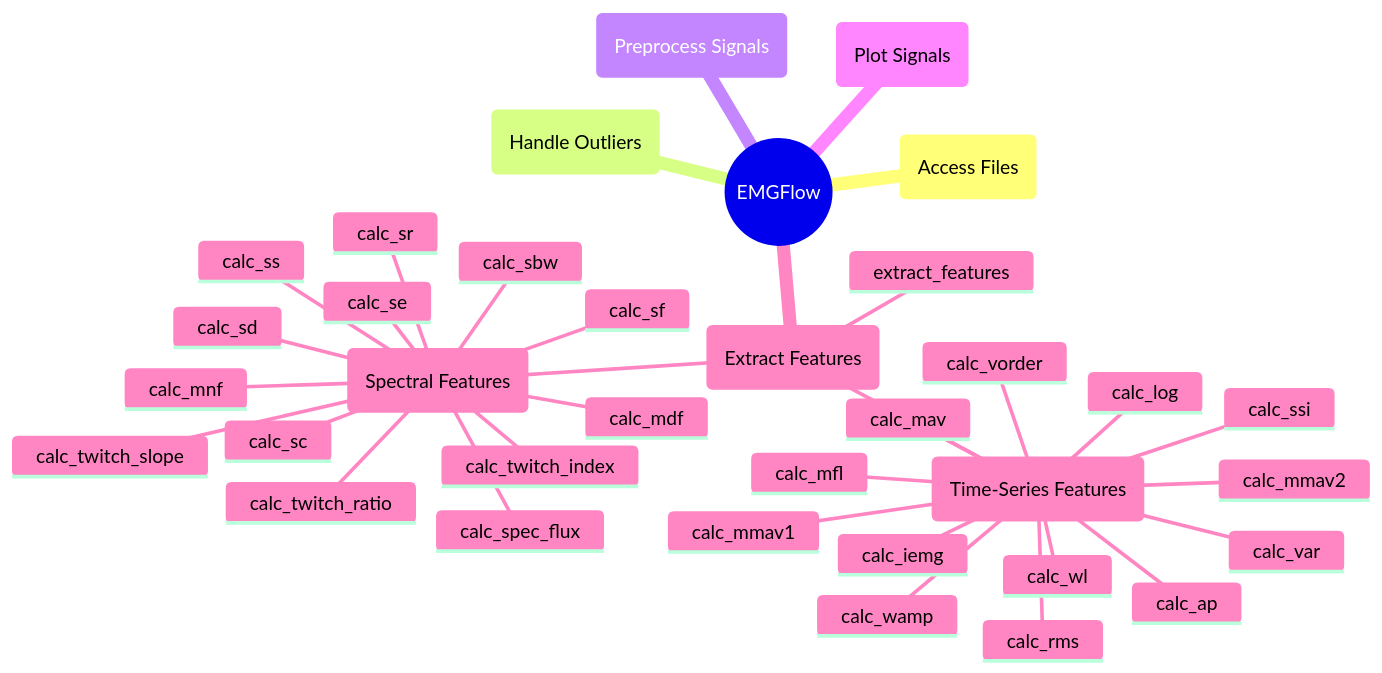
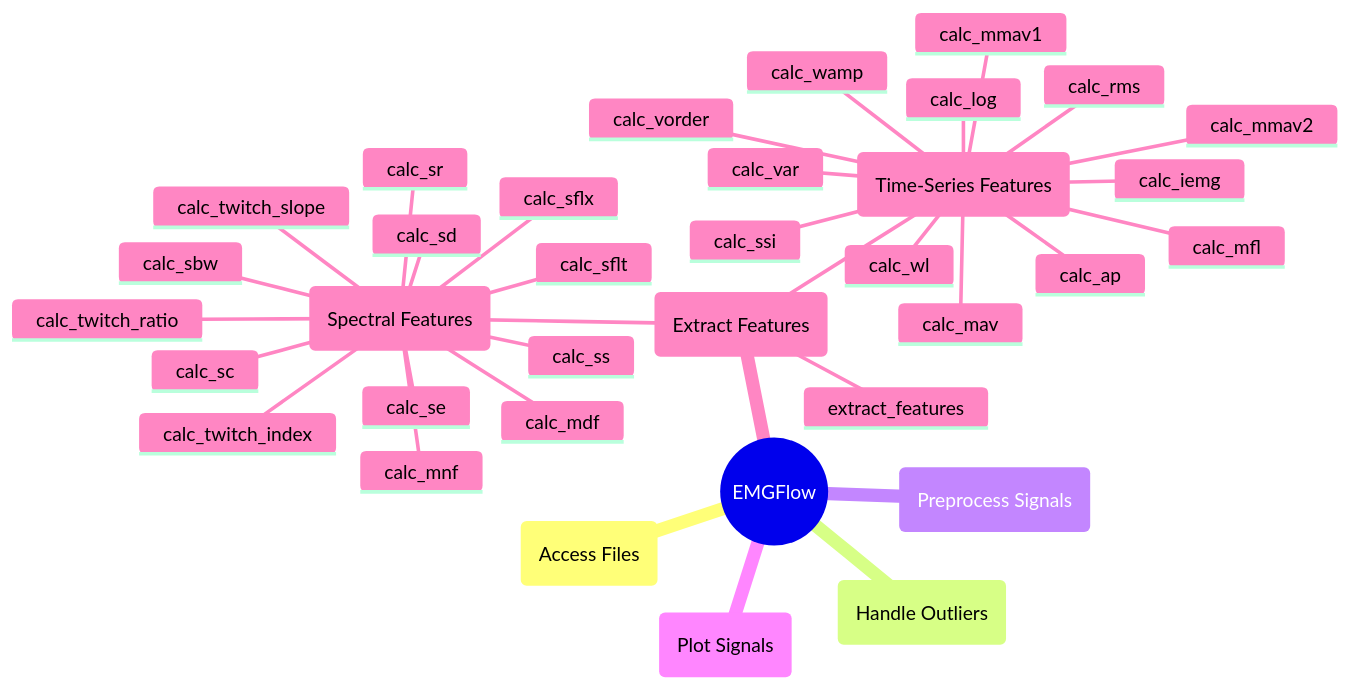
One commit to WiIIson/EMGFlow-Python-Package changed the diagram in docs/reference/extract-features.md. Above: the diagram before and after it, drawn with Mermaid. The commit also changed other lines of this file and 1 other file, not shown here.

````diff
--- a/docs/reference/extract-features.md
+++ b/docs/reference/extract-features.md
@@ -11,38 +11,38 @@
 ```mermaid
 mindmap
     root((EMGFlow))
         AF(Access Files)
         HO(Handle Outliers)
         PrS(Preprocess Signals)
         PlS(Plot Signals)
         EF(Extract Features)
             (Time-Series Features)
                 calc_iemg
                 calc_mav
                 calc_mmav1
                 calc_mmav2
                 calc_ssi
                 calc_var
                 calc_vorder
                 calc_rms
                 calc_wl
                 calc_wamp
                 calc_log
                 calc_mfl
                 calc_ap
             (Spectral Features)
-                calc_spec_flux
                 calc_mdf
                 calc_mnf
                 calc_twitch_ratio
                 calc_twitch_index
                 calc_twitch_slope
                 calc_sc
-                calc_sf
+                calc_sflt
+                calc_sflx
                 calc_ss
                 calc_sd
                 calc_se
                 calc_sr
                 calc_sbw
             extract_features
 ```
````
